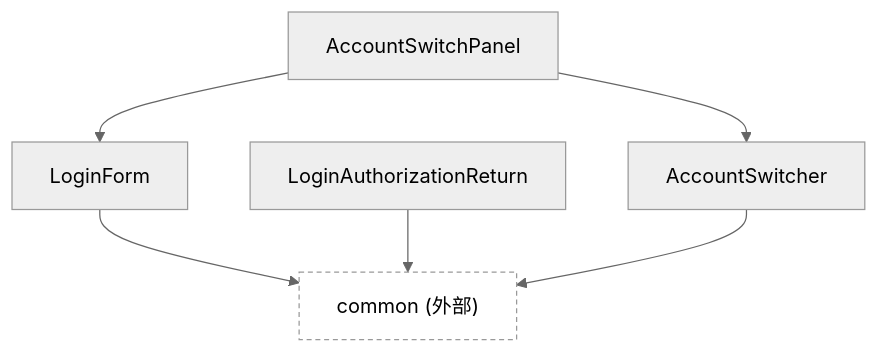
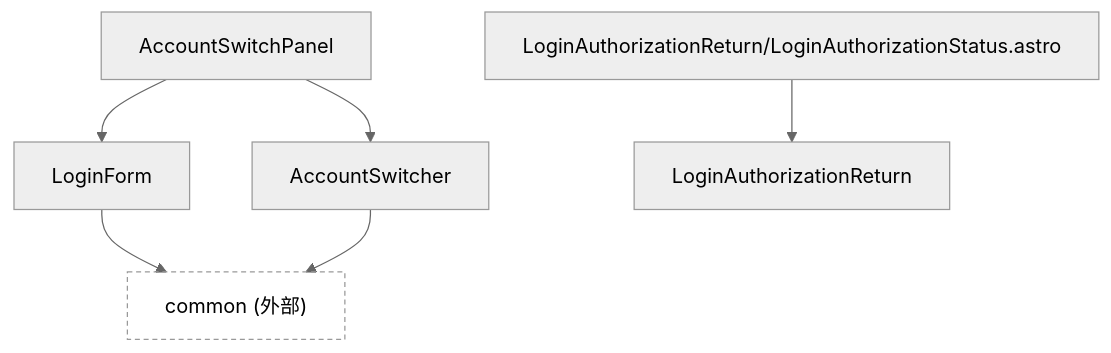
The diagram in src/components/account/README.md (nekono-dev/skyshare), drawn with Mermaid (neutral theme) before and after one commit. The commit also changed other lines of this file, not shown here.

Commit message:
accountのREADME依存図を修正

````diff
--- a/src/components/account/README.md
+++ b/src/components/account/README.md
@@ -5,13 +5,13 @@
 ```mermaid
 graph TD
   AccountSwitchPanel --> AccountSwitcher
   AccountSwitchPanel --> LoginForm
   LoginForm --> commonExt
-  LoginAuthorizationReturn --> commonExt
+  LoginAuthorizationStatus["LoginAuthorizationReturn/LoginAuthorizationStatus.astro"] --> LoginAuthorizationReturn
   AccountSwitcher --> commonExt
 
   commonExt["common (外部)"]
 
   classDef external stroke-dasharray: 4 3,fill:transparent;
   class commonExt external;
 ```
````
